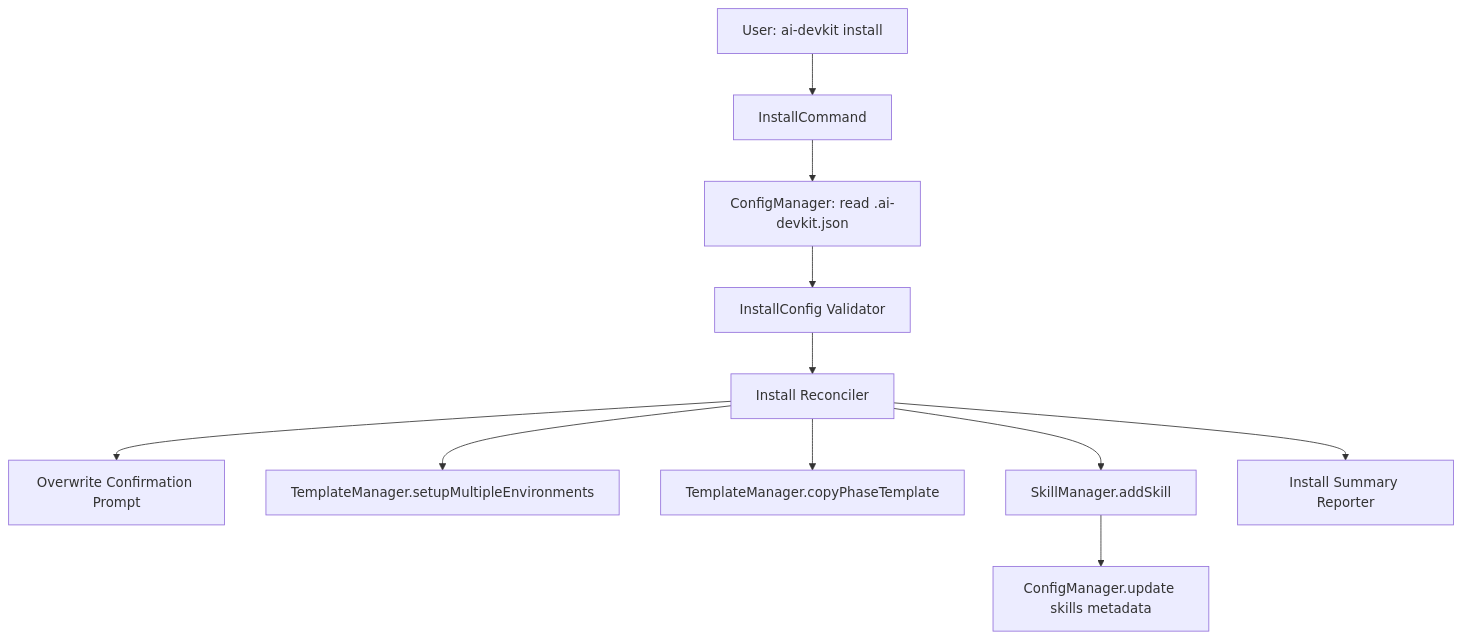
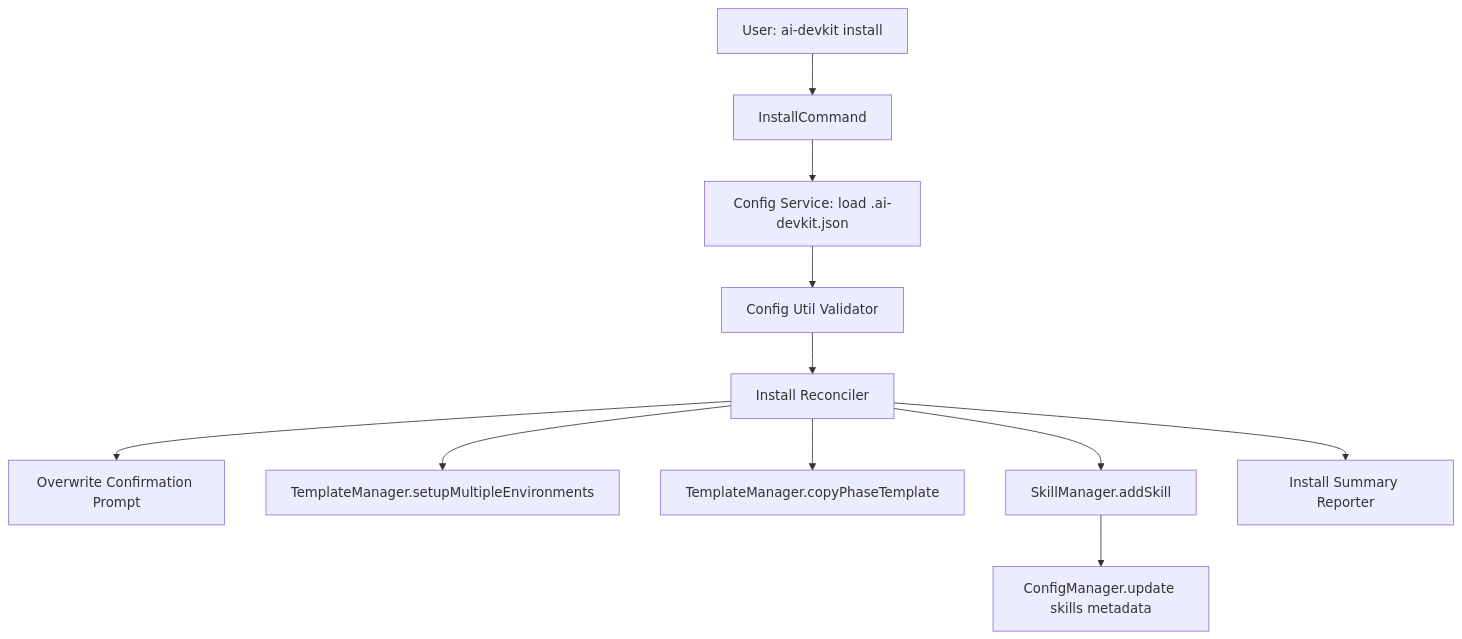
The diagram in docs/ai/design/feature-install-command.md (codeaholicguy/ai-devkit), drawn with Mermaid before and after one commit. The commit also changed other lines of this file and 6 other files, not shown here.

Commit message:
docs(install-command): align docs with current implementation

````diff
--- a/docs/ai/design/feature-install-command.md
+++ b/docs/ai/design/feature-install-command.md
@@ -14,13 +14,13 @@
 ```mermaid
 graph TD
   User[User: ai-devkit install] --> InstallCommand
-  InstallCommand --> ConfigManager[ConfigManager: read .ai-devkit.json]
-  ConfigManager --> Validator[InstallConfig Validator]
+  InstallCommand --> ConfigLoader[Config Service: load .ai-devkit.json]
+  ConfigLoader --> Validator[Config Util Validator]
   Validator --> Reconciler[Install Reconciler]
   Reconciler --> Confirmer[Overwrite Confirmation Prompt]
   Reconciler --> EnvSetup[TemplateManager.setupMultipleEnvironments]
   Reconciler --> PhaseSetup[TemplateManager.copyPhaseTemplate]
   Reconciler --> SkillSetup[SkillManager.addSkill]
   SkillSetup --> SkillConfigSync[ConfigManager.update skills metadata]
   Reconciler --> Reporter[Install Summary Reporter]
 ```
````
